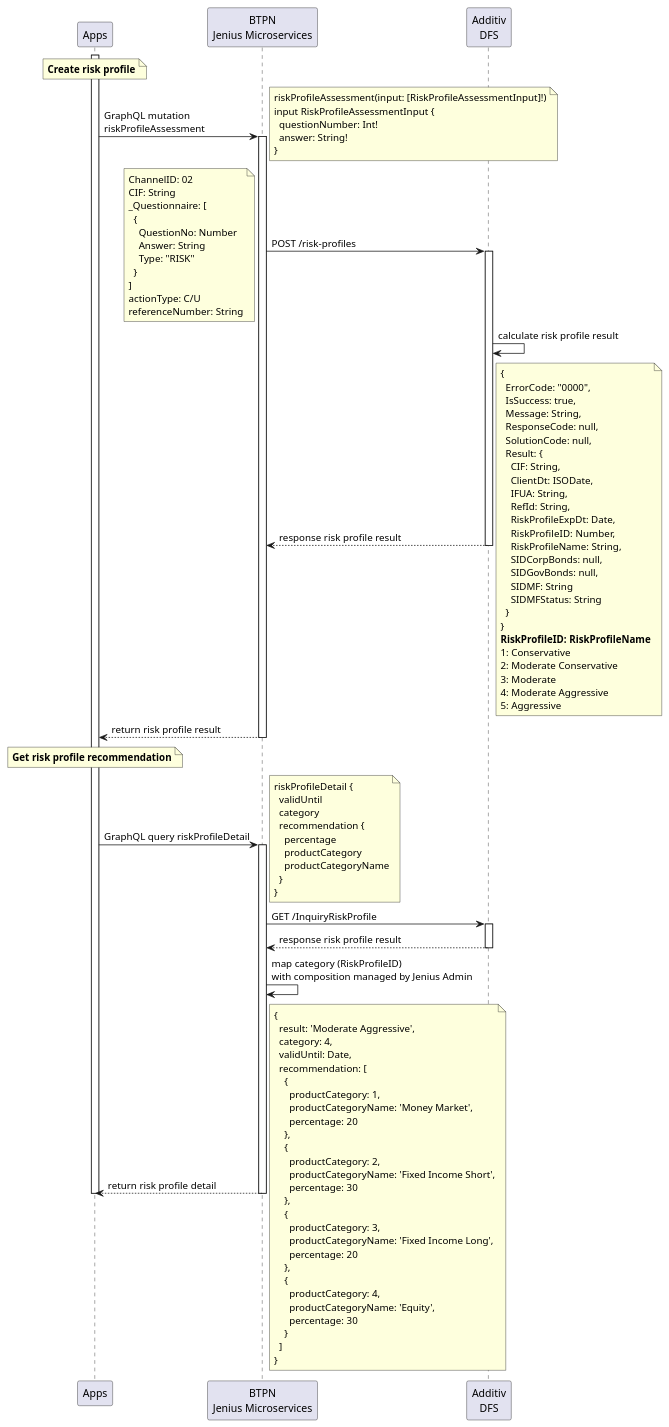
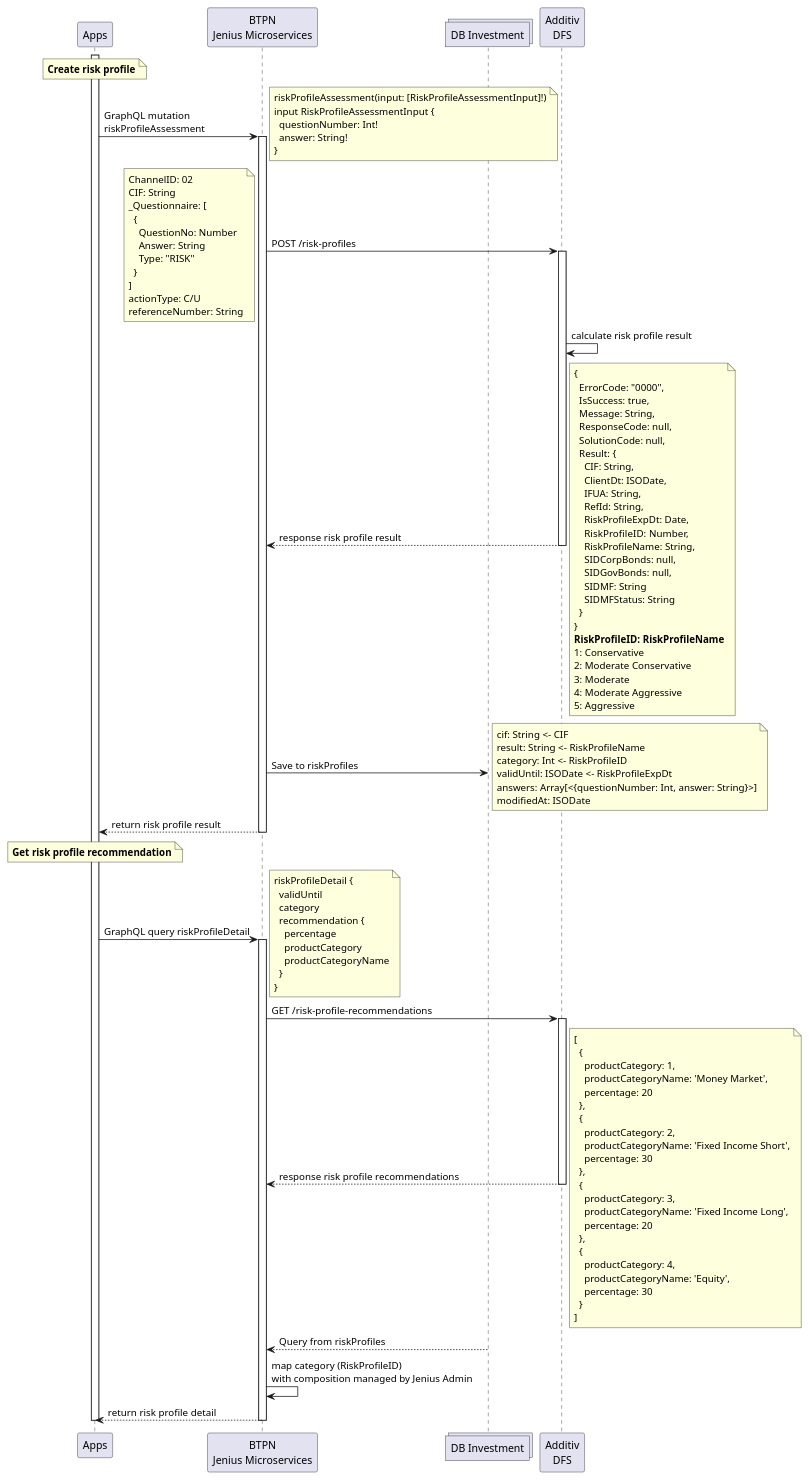
One commit to iksena/jenius-uml changed the diagram in jeniusDfs/riskProfiles.puml. Above: the diagram before and after it, drawn with PlantUML. The commit also changed 12 other files, not shown here.

```diff
--- a/jeniusDfs/riskProfiles.puml
+++ b/jeniusDfs/riskProfiles.puml
@@ -1,117 +1,123 @@
 @startuml risk profiles
 participant "Apps" as app
 participant "BTPN\nJenius Microservices" as ms
+collections "DB Investment" as db
 participant "Additiv\nDFS" as dfs
 
 activate app
 note over app: **Create risk profile**
 app -> ms: GraphQL mutation\nriskProfileAssessment
 activate ms
 note right
 riskProfileAssessment(input: [RiskProfileAssessmentInput]!)
 input RiskProfileAssessmentInput {
   questionNumber: Int!
   answer: String!
 }
 end note
 ms -> dfs: POST /risk-profiles
 note left
 ChannelID: 02
 CIF: String
 _Questionnaire: [
   {
     QuestionNo: Number
     Answer: String
     Type: "RISK"
   }
 ]
 actionType: C/U
 referenceNumber: String
 end note
 activate dfs
 dfs -> dfs: calculate risk profile result
 dfs --> ms: response risk profile result
 note right
 {
   ErrorCode: "0000",
   IsSuccess: true,
   Message: String,
   ResponseCode: null,
   SolutionCode: null,
   Result: {
     CIF: String,
     ClientDt: ISODate,
     IFUA: String,
     RefId: String,
     RiskProfileExpDt: Date,
     RiskProfileID: Number,
     RiskProfileName: String,
     SIDCorpBonds: null,
     SIDGovBonds: null,
     SIDMF: String
     SIDMFStatus: String
   }
 }
 **RiskProfileID: RiskProfileName**
 1: Conservative
 2: Moderate Conservative
 3: Moderate
 4: Moderate Aggressive
 5: Aggressive
 end note
 deactivate dfs
+ms -> db: Save to riskProfiles
+note right
+cif: String <- CIF
+result: String <- RiskProfileName
+category: Int <- RiskProfileID
+validUntil: ISODate <- RiskProfileExpDt
+answers: Array[<{questionNumber: Int, answer: String}>]
+modifiedAt: ISODate
+end note
 ms --> app: return risk profile result
 deactivate ms
 
 note over app: **Get risk profile recommendation**
 app -> ms: GraphQL query riskProfileDetail
 note right
 riskProfileDetail {
   validUntil
   category
   recommendation {
     percentage
     productCategory
     productCategoryName
   }
 }
 end note
 activate ms
-ms -> dfs: GET /InquiryRiskProfile
+ms -> dfs: GET /risk-profile-recommendations
 activate dfs
-dfs --> ms: response risk profile result
+dfs --> ms: response risk profile recommendations
+note right
+[
+  {
+    productCategory: 1,
+    productCategoryName: 'Money Market',
+    percentage: 20
+  },
+  {
+    productCategory: 2,
+    productCategoryName: 'Fixed Income Short',
+    percentage: 30
+  },
+  {
+    productCategory: 3,
+    productCategoryName: 'Fixed Income Long',
+    percentage: 20
+  },
+  {
+    productCategory: 4,
+    productCategoryName: 'Equity',
+    percentage: 30
+  }
+]
+end note
 deactivate dfs
+ms <-- db: Query from riskProfiles
 ms -> ms: map category (RiskProfileID) \nwith composition managed by Jenius Admin
 ms --> app: return risk profile detail
-note right
-{
-  result: 'Moderate Aggressive',
-  category: 4,
-  validUntil: Date,
-  recommendation: [
-    {
-      productCategory: 1,
-      productCategoryName: 'Money Market',
-      percentage: 20
-    },
-    {
-      productCategory: 2,
-      productCategoryName: 'Fixed Income Short',
-      percentage: 30
-    },
-    {
-      productCategory: 3,
-      productCategoryName: 'Fixed Income Long',
-      percentage: 20
-    },
-    {
-      productCategory: 4,
-      productCategoryName: 'Equity',
-      percentage: 30
-    }
-  ]
-}
-end note
 deactivate ms
 deactivate app
 @enduml
```
